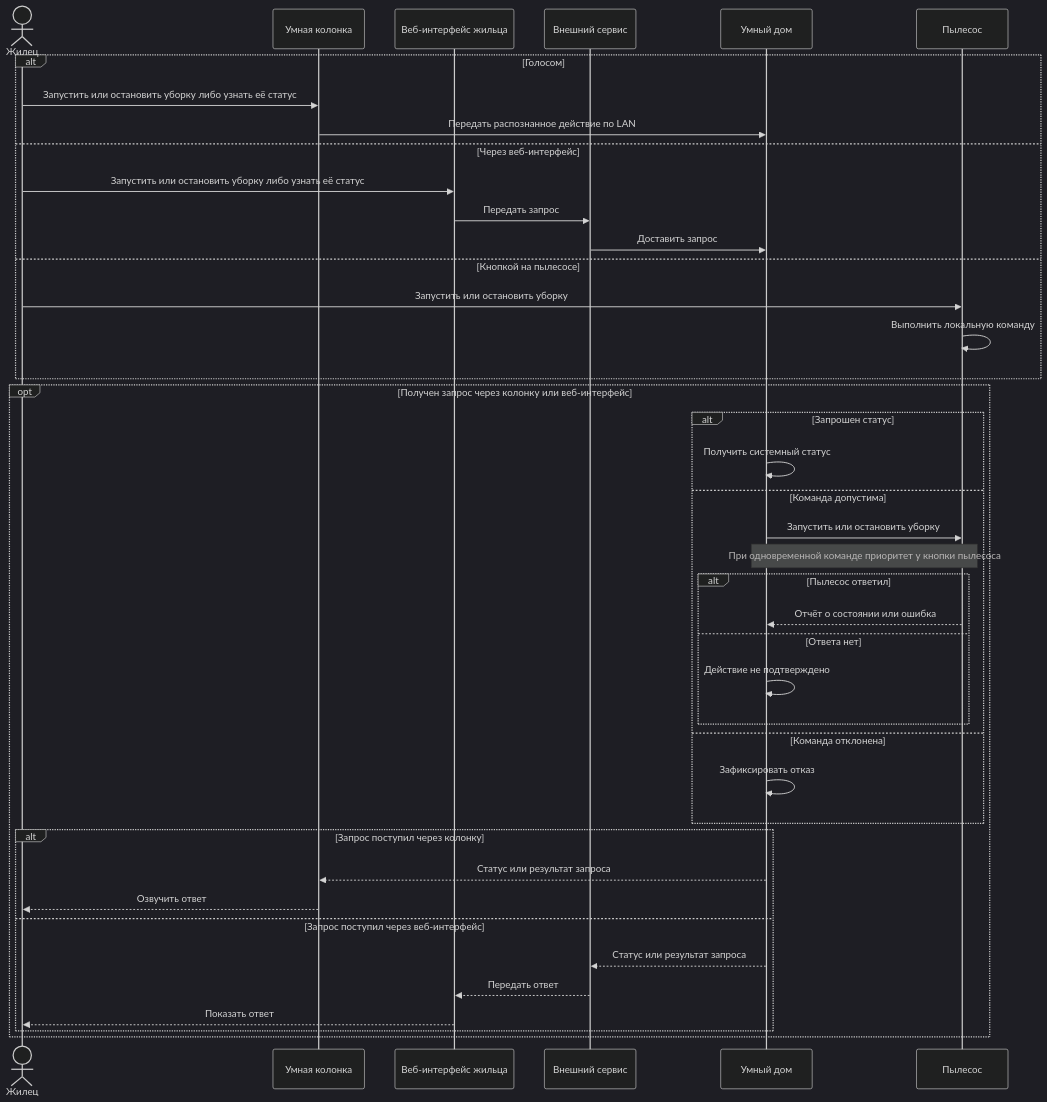
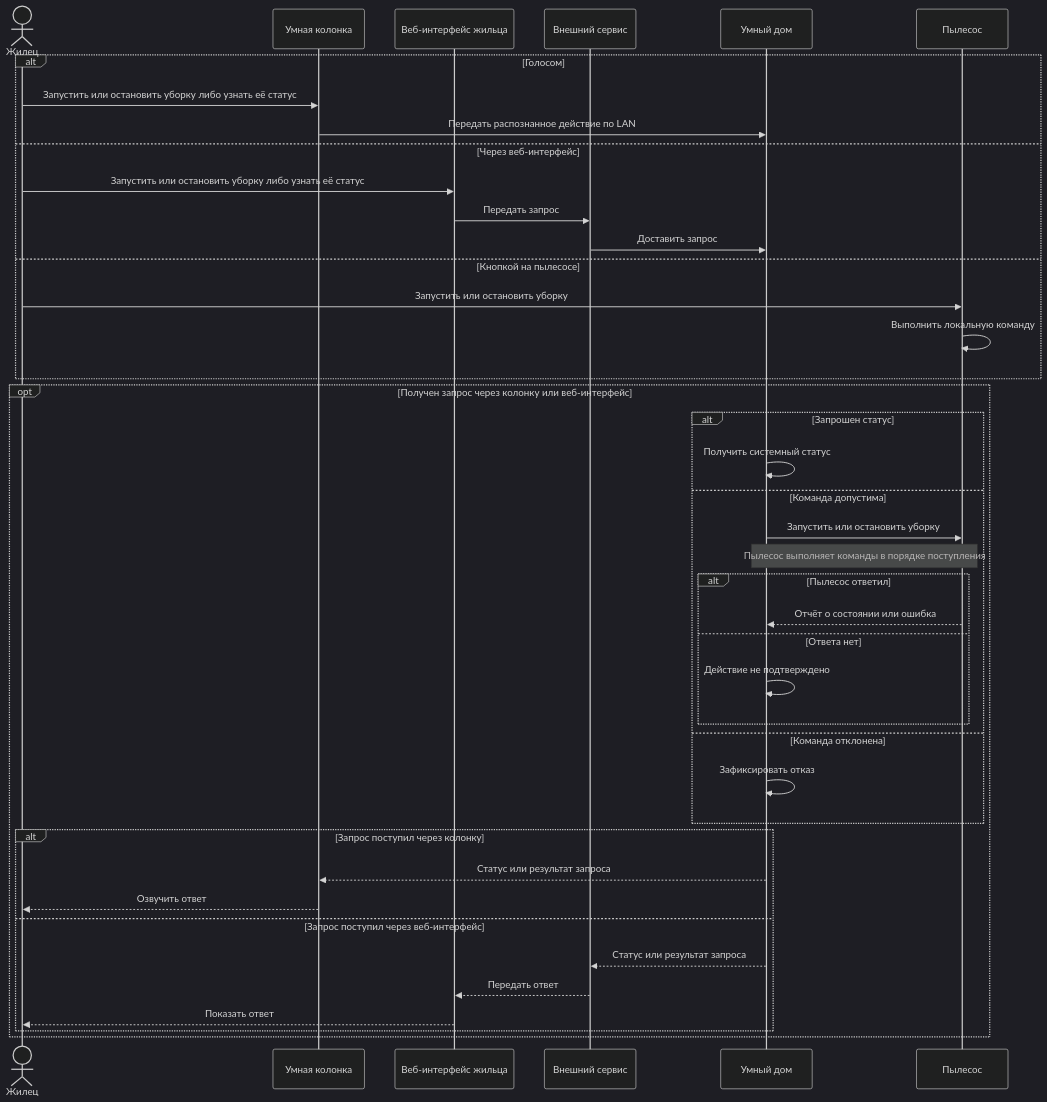
Before and after one commit to BPLA-Team/carrot-apples: the diagram in customer_side/base_scenarios/S03_VOICE_CLEANING.md, drawn with Mermaid (dark theme). The commit also changed other lines of this file and 5 other files, not shown here.

````diff
--- a/customer_side/base_scenarios/S03_VOICE_CLEANING.md
+++ b/customer_side/base_scenarios/S03_VOICE_CLEANING.md
@@ -3,43 +3,43 @@
 ```mermaid
 sequenceDiagram
     actor R as Жилец
     participant K as Умная колонка
     participant W as Веб-интерфейс жильца
     participant S as Внешний сервис
     participant H as Умный дом
     participant V as Пылесос
     alt Голосом
         R->>K: Запустить или остановить уборку либо узнать её статус
         K->>H: Передать распознанное действие по LAN
     else Через веб-интерфейс
         R->>W: Запустить или остановить уборку либо узнать её статус
         W->>S: Передать запрос
         S->>H: Доставить запрос
     else Кнопкой на пылесосе
         R->>V: Запустить или остановить уборку
         V->>V: Выполнить локальную команду
     end
     opt Получен запрос через колонку или веб-интерфейс
         alt Запрошен статус
             H->>H: Получить системный статус
         else Команда допустима
             H->>V: Запустить или остановить уборку
-            Note over H,V: При одновременной команде приоритет у кнопки пылесоса
+            Note over H,V: Пылесос выполняет команды в порядке поступления
             alt Пылесос ответил
                 V-->>H: Отчёт о состоянии или ошибка
             else Ответа нет
                 H->>H: Действие не подтверждено
             end
         else Команда отклонена
             H->>H: Зафиксировать отказ
         end
         alt Запрос поступил через колонку
             H-->>K: Статус или результат запроса
             K-->>R: Озвучить ответ
         else Запрос поступил через веб-интерфейс
             H-->>S: Статус или результат запроса
             S-->>W: Передать ответ
             W-->>R: Показать ответ
         end
     end
 ```
````
